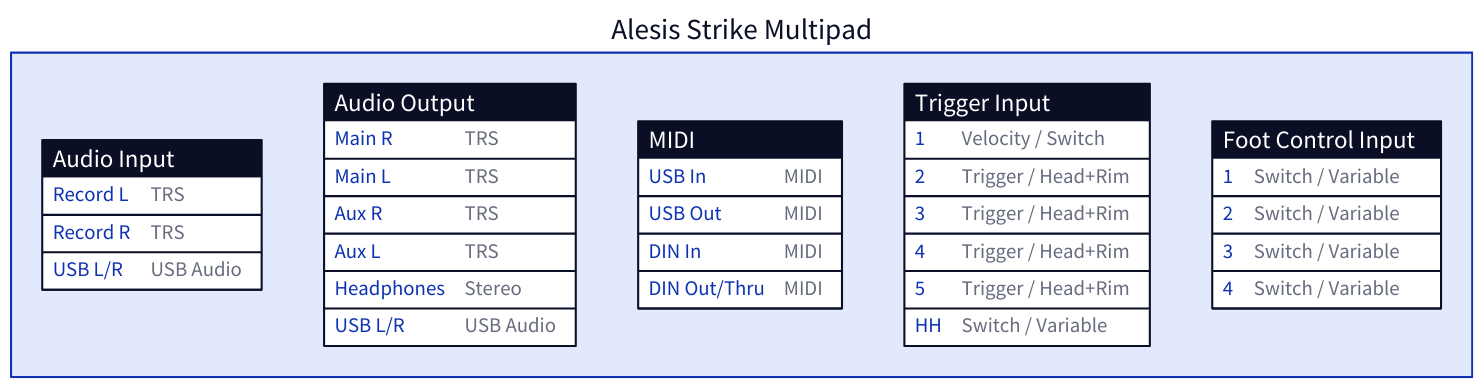
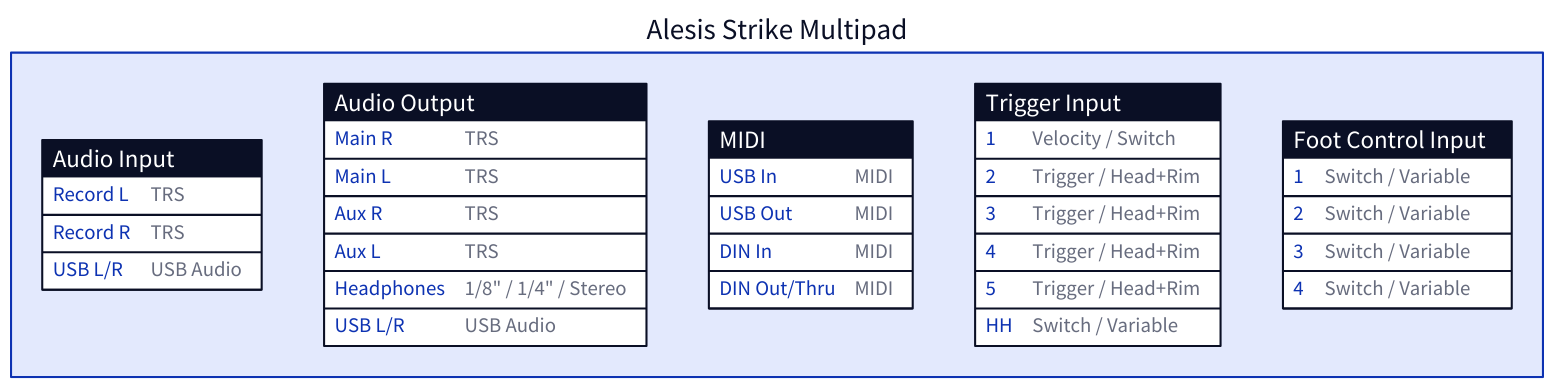
One commit to havard-fjaer/Documentation changed the diagram in studio/multipad.d2. Above: the diagram before and after it, drawn with D2. The commit also changed 12 other files, not shown here.

```diff
--- a/studio/multipad.d2
+++ b/studio/multipad.d2
@@ -1,45 +1,45 @@
 Multipad: {
     label: "Alesis Strike Multipad"
     Input: {
       label: Audio Input
       shape: "sql_table"
       Record L: TRS
       Record R: TRS
       USB L/R: USB Audio
     }
     Output: {
       label: Audio Output
       shape: "sql_table"
       Main R: TRS
       Main L: TRS
       Aux R: TRS
       Aux L: TRS
-      Headphones: Stereo
+      Headphones: 1/8" / 1/4" / Stereo
       USB L/R: USB Audio
     }
     MIDI: {
       shape: "sql_table"
       USB In: MIDI
       USB Out: MIDI
       DIN In: MIDI
       DIN Out/Thru: MIDI
     }
     Trigger: {
       label: Trigger Input
       shape: "sql_table"
       1: Velocity / Switch
       2: Trigger / Head+Rim
       3: Trigger / Head+Rim
       4: Trigger / Head+Rim
       5: Trigger / Head+Rim
       HH: Switch / Variable
     }
     Foot: {
       label: Foot Control Input
       shape: "sql_table"
       1: Switch / Variable
       2: Switch / Variable
       3: Switch / Variable
       4: Switch / Variable
     }
   }
```
